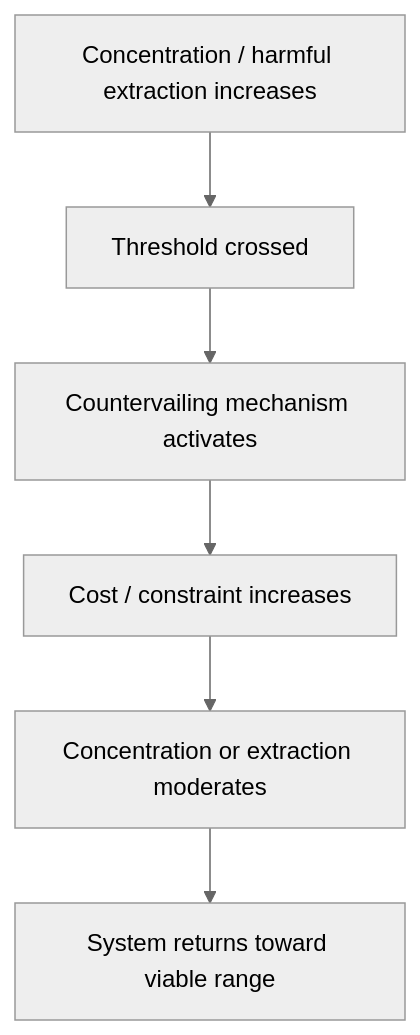
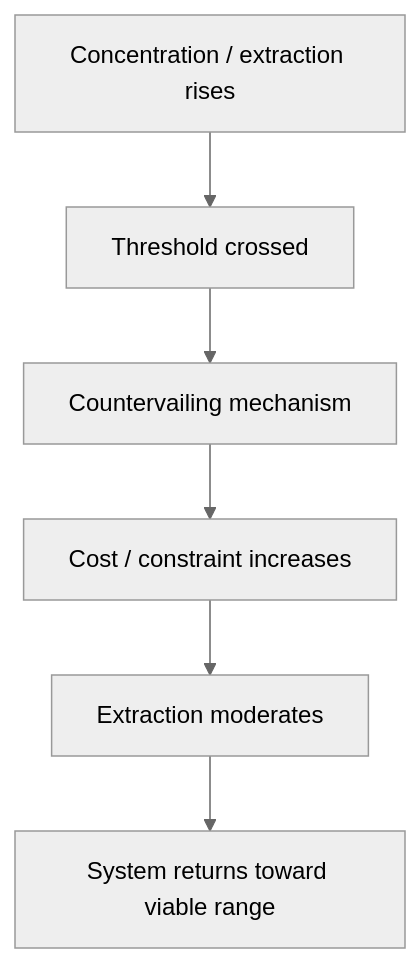
Before and after one commit to josefsbreakfast/Polaris-Protocol: the seventh of 14 diagrams in 🌕_5_Long_Strategies/💸_Business_Is_Tooling/💸_making_harm_too_expensive_to_continue.md, drawn with Mermaid (neutral theme). The commit also changed other lines of this file, not shown here.

````diff
--- a/🌕_5_Long_Strategies/💸_Business_Is_Tooling/💸_making_harm_too_expensive_to_continue.md
+++ b/🌕_5_Long_Strategies/💸_Business_Is_Tooling/💸_making_harm_too_expensive_to_continue.md
@@ -313,9 +261,9 @@
 ```mermaid
 flowchart TD
-    A[Concentration / harmful extraction increases]
+    A[Concentration / extraction rises]
     --> B[Threshold crossed]
-    --> C[Countervailing mechanism activates]
+    --> C[Countervailing mechanism]
     --> D[Cost / constraint increases]
-    --> E[Concentration or extraction moderates]
+    --> E[Extraction moderates]
     --> F[System returns toward viable range]
 ```
````
